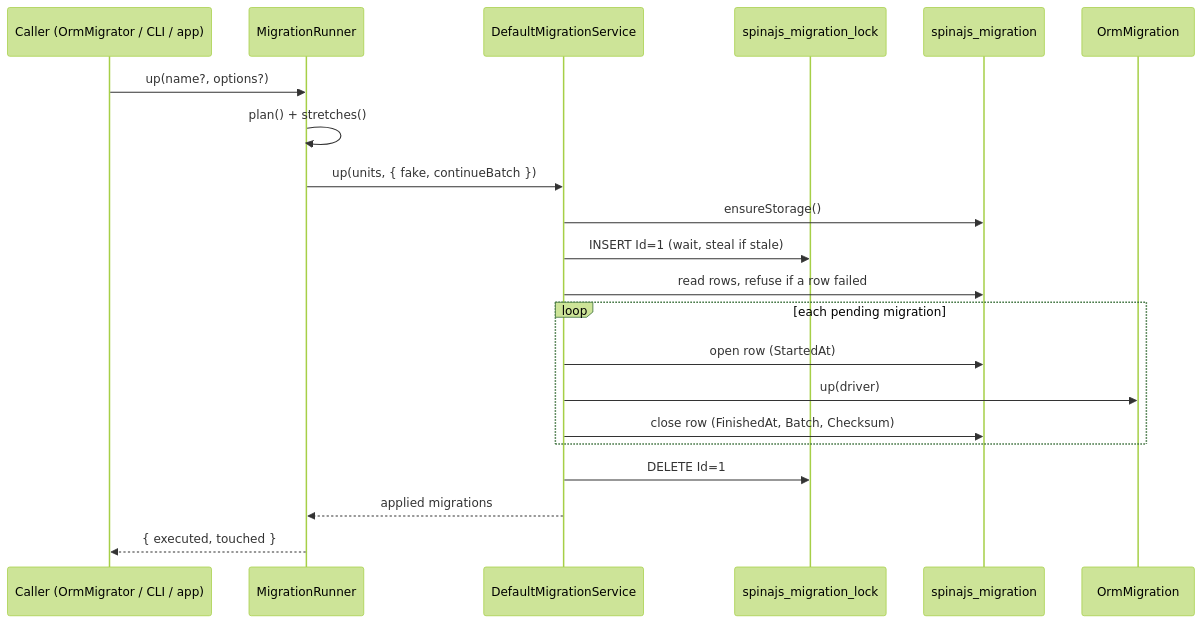
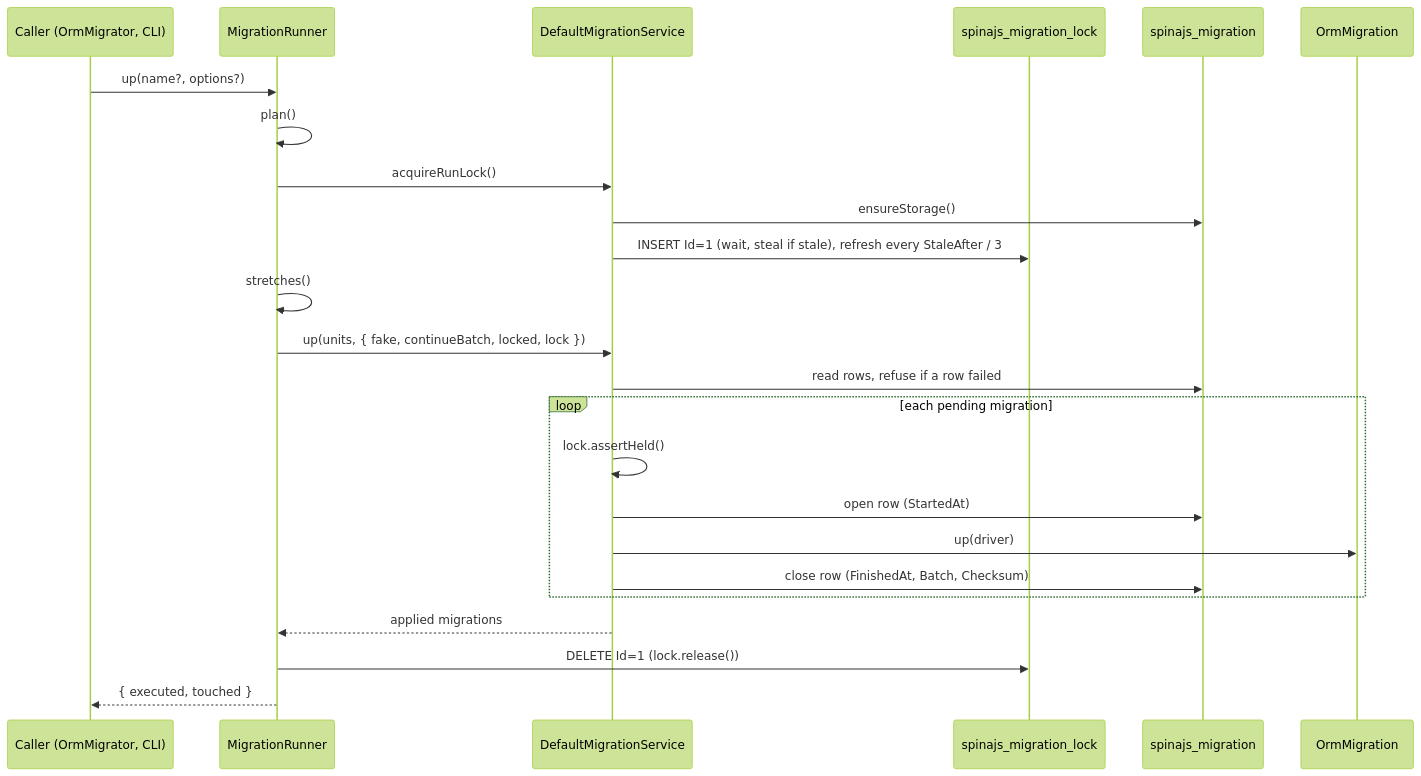
Before and after one commit to spinajs/main: the second of 2 diagrams in docs/orm/10-migrations.md, drawn with Mermaid (forest theme). The commit also changed other lines of this file and 310 other files, not shown here.

````diff
--- a/docs/orm/10-migrations.md
+++ b/docs/orm/10-migrations.md
@@ -92,23 +158,26 @@
 ```mermaid
 sequenceDiagram
-  participant C as Caller (OrmMigrator / CLI / app)
+  participant C as Caller (OrmMigrator, CLI)
   participant R as MigrationRunner
   participant S as DefaultMigrationService
   participant L as spinajs_migration_lock
   participant T as spinajs_migration
   participant M as OrmMigration
   C->>R: up(name?, options?)
-  R->>R: plan() + stretches()
-  R->>S: up(units, { fake, continueBatch })
+  R->>R: plan()
+  R->>S: acquireRunLock()
   S->>T: ensureStorage()
-  S->>L: INSERT Id=1 (wait, steal if stale)
+  S->>L: INSERT Id=1 (wait, steal if stale), refresh every StaleAfter / 3
+  R->>R: stretches()
+  R->>S: up(units, { fake, continueBatch, locked, lock })
   S->>T: read rows, refuse if a row failed
   loop each pending migration
+    S->>S: lock.assertHeld()
     S->>T: open row (StartedAt)
     S->>M: up(driver)
     S->>T: close row (FinishedAt, Batch, Checksum)
   end
-  S->>L: DELETE Id=1
   S-->>R: applied migrations
+  R->>L: DELETE Id=1 (lock.release())
   R-->>C: { executed, touched }
 ```
````
